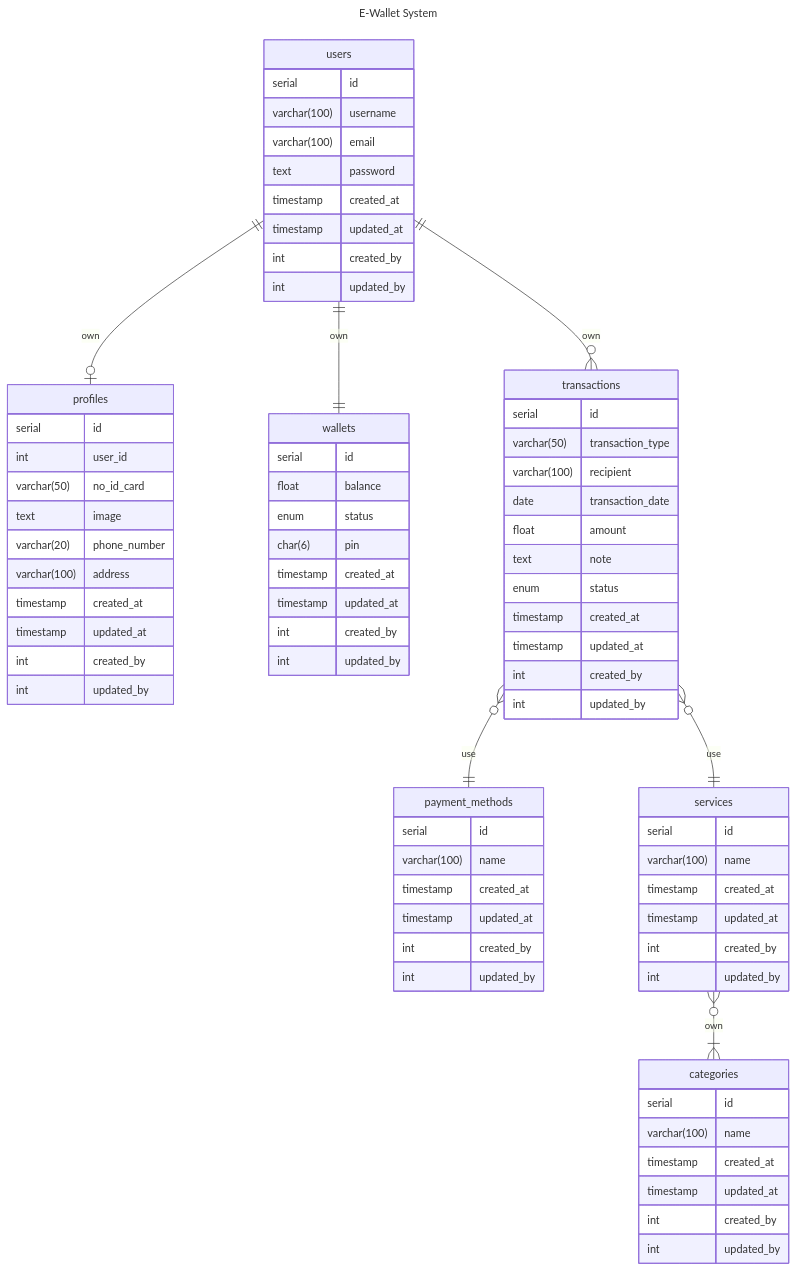
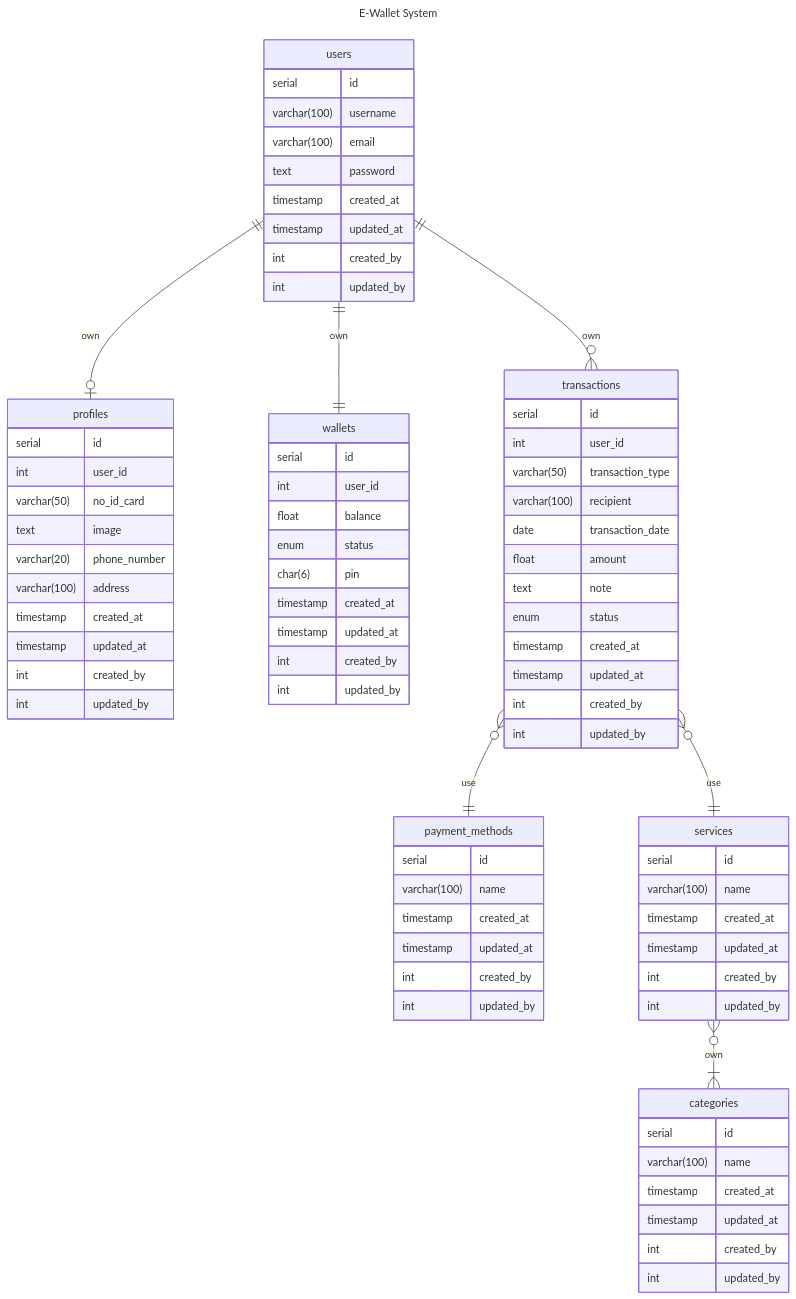
Before and after one commit to ItsnaMaulanaHasan/koda-b4-db2: the diagram in README.md, drawn with Mermaid.

Commit message:
feat: add user_id on wallets and transaction

```diff
--- a/README.md
+++ b/README.md
@@ -31,6 +31,7 @@
 
     wallets{
         serial id
+        int user_id
         float balance
         enum status
         char(6) pin
@@ -42,6 +43,7 @@
 
     transactions{
         serial id
+        int user_id
         varchar(50) transaction_type
         varchar(100) recipient
         date transaction_date
```
